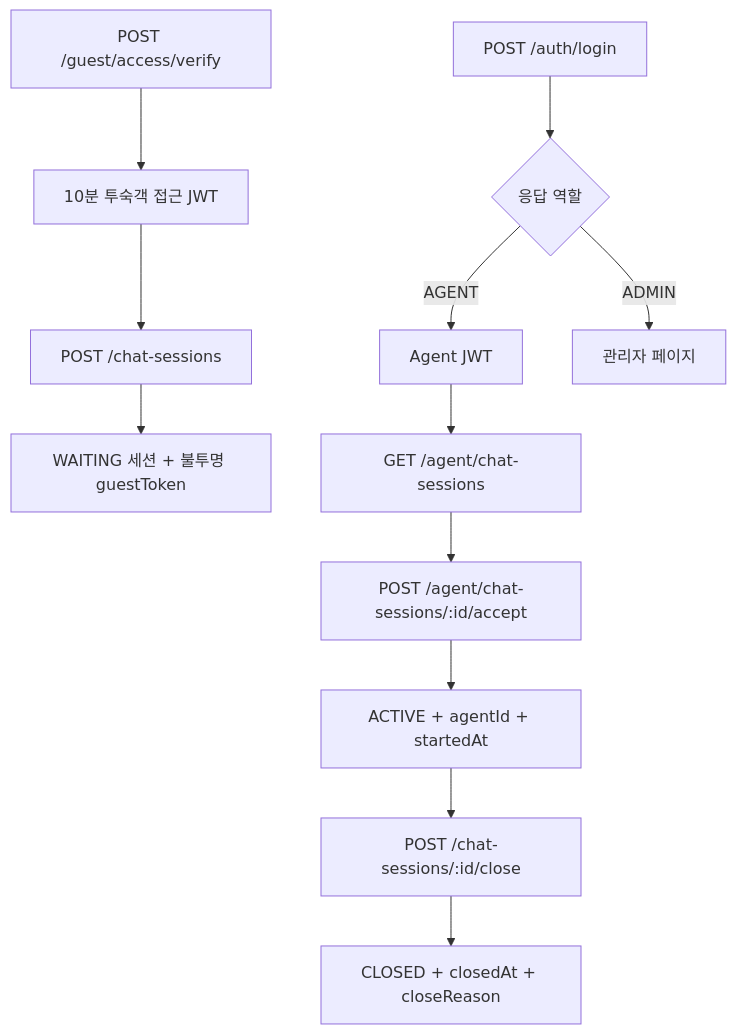
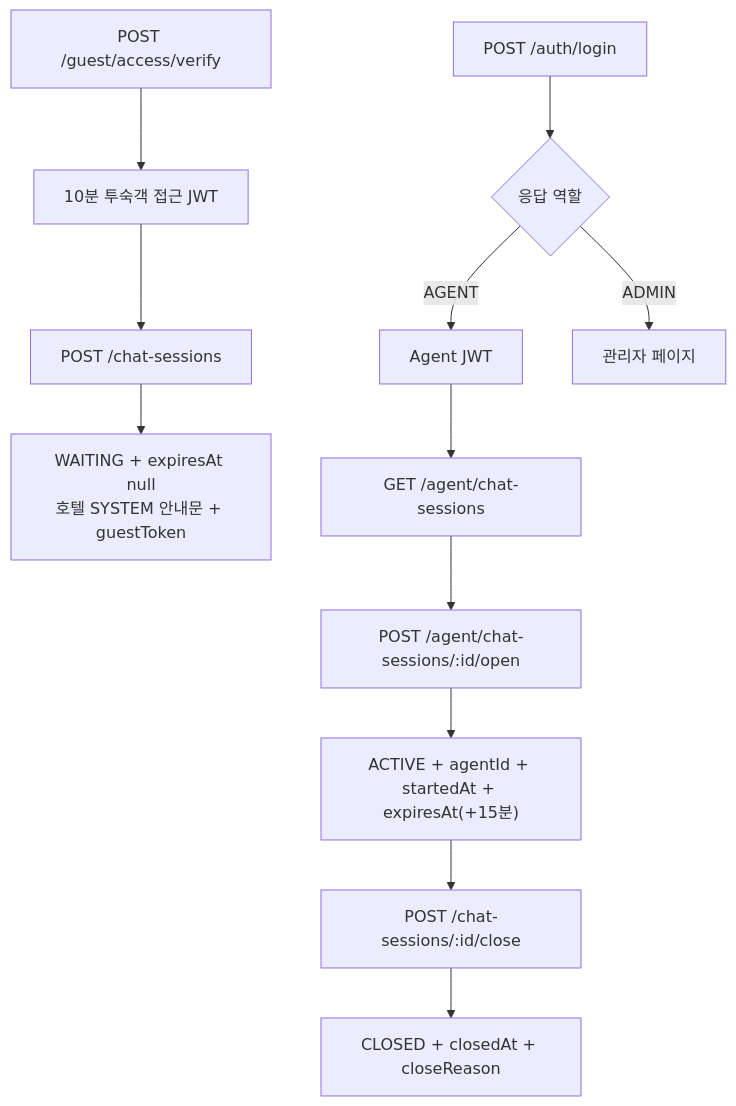
The sixth of 8 diagrams in docs/08_System_Blueprint.md (miffy9999/RemotePlus_Chat), drawn with Mermaid before and after one commit. The commit also changed other lines of this file and 43 other files, not shown here.

````diff
--- a/docs/08_System_Blueprint.md
+++ b/docs/08_System_Blueprint.md
@@ -151,14 +152,14 @@
 ```mermaid
 flowchart TD
     Access["POST /guest/access/verify"] --> AccessToken["10분 투숙객 접근 JWT"]
     AccessToken --> Create["POST /chat-sessions"]
-    Create --> Waiting["WAITING 세션 + 불투명 guestToken"]
+    Create --> Waiting["WAITING + expiresAt null\n호텔 SYSTEM 안내문 + guestToken"]
     Login["POST /auth/login"] --> Role{"응답 역할"}
     Role -->|AGENT| StaffToken["Agent JWT"]
     Role -->|ADMIN| AdminPage["관리자 페이지"]
     StaffToken --> List["GET /agent/chat-sessions"]
-    List --> Accept["POST /agent/chat-sessions/:id/accept"]
-    Accept --> Active["ACTIVE + agentId + startedAt"]
+    List --> Open["POST /agent/chat-sessions/:id/open"]
+    Open --> Active["ACTIVE + agentId + startedAt + expiresAt(+15분)"]
     Active --> Close["POST /chat-sessions/:id/close"]
     Close --> Closed["CLOSED + closedAt + closeReason"]
 ```
````
